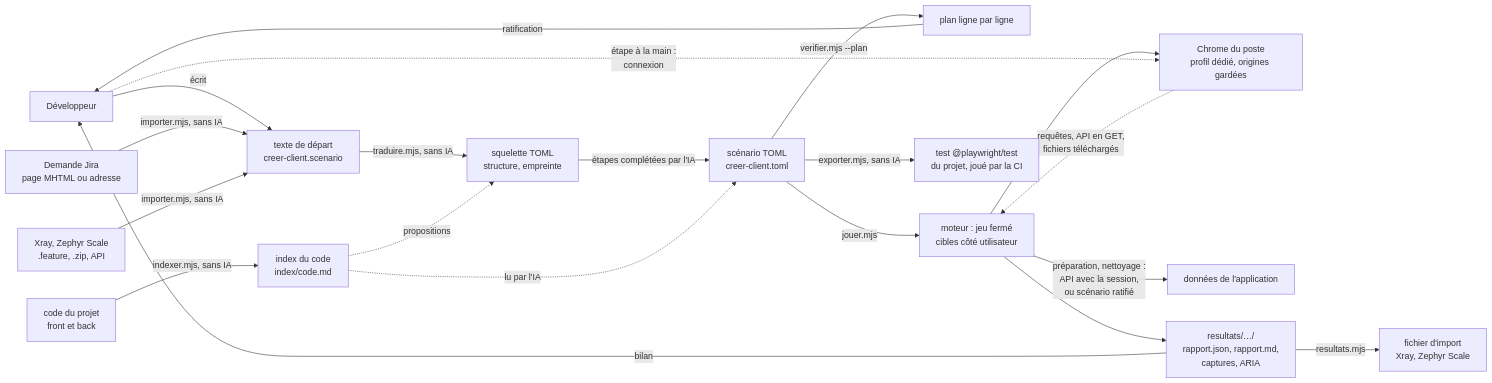
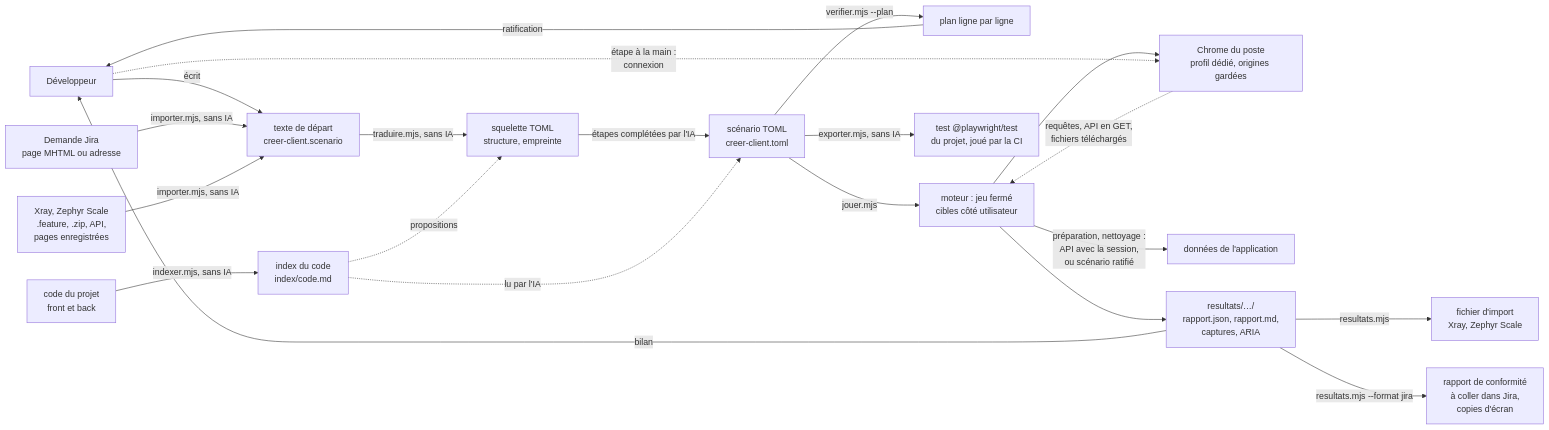
Before and after one commit to FredGarcia/Agent2Prompt: the diagram in specs/scenario-playwright/SKILL.md, drawn with Mermaid. The commit also changed other lines of this file and 24 other files, not shown here.

````diff
--- a/specs/scenario-playwright/SKILL.md
+++ b/specs/scenario-playwright/SKILL.md
@@ -34,22 +35,23 @@
 ```mermaid
 flowchart LR
   DEV["Développeur"] -->|"écrit"| TXT["texte de départ<br/>creer-client.scenario"]
   JIRA["Demande Jira<br/>page MHTML ou adresse"] -->|"importer.mjs, sans IA"| TXT
-  CAS["Xray, Zephyr Scale<br/>.feature, .zip, API"] -->|"importer.mjs, sans IA"| TXT
+  CAS["Xray, Zephyr Scale<br/>.feature, .zip, API,<br/>pages enregistrées"] -->|"importer.mjs, sans IA"| TXT
   CODE["code du projet<br/>front et back"] -->|"indexer.mjs, sans IA"| IDX["index du code<br/>index/code.md"]
   TXT -->|"traduire.mjs, sans IA"| SQ["squelette TOML<br/>structure, empreinte"]
   IDX -.->|"propositions"| SQ
   SQ -->|"étapes complétées par l'IA"| TOML["scénario TOML<br/>creer-client.toml"]
   IDX -.->|"lu par l'IA"| TOML
   TOML -->|"verifier.mjs --plan"| PLAN["plan ligne par ligne"]
   PLAN -->|"ratification"| DEV
   TOML -->|"jouer.mjs"| MOT["moteur : jeu fermé<br/>cibles côté utilisateur"]
   MOT --> NAV["Chrome du poste<br/>profil dédié, origines gardées"]
   NAV -.->|"requêtes, API en GET,<br/>fichiers téléchargés"| MOT
   MOT -->|"préparation, nettoyage :<br/>API avec la session,<br/>ou scénario ratifié"| API["données de l'application"]
   DEV -.->|"étape à la main :<br/>connexion"| NAV
   MOT --> RAP["resultats/…/<br/>rapport.json, rapport.md,<br/>captures, ARIA"]
   RAP -->|"bilan"| DEV
   TOML -->|"exporter.mjs, sans IA"| PW["test @playwright/test<br/>du projet, joué par la CI"]
   RAP -->|"resultats.mjs"| IMP["fichier d'import<br/>Xray, Zephyr Scale"]
+  RAP -->|"resultats.mjs --format jira"| CONF["rapport de conformité<br/>à coller dans Jira,<br/>copies d'écran"]
 ```
````
